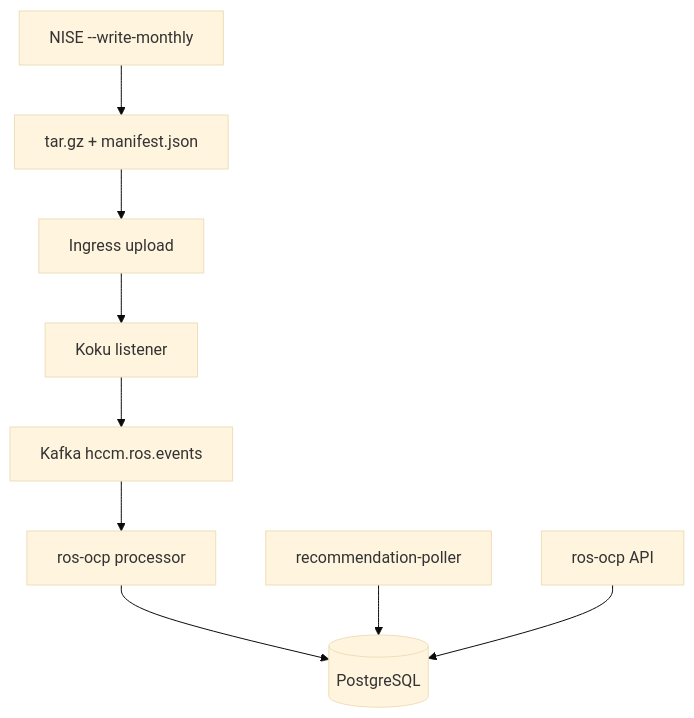
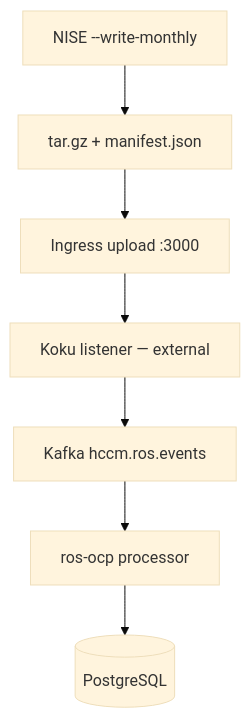
The second of 2 diagrams in docs-site/quickstart.md (pgarciaq/ros-ocp-backend), drawn with Mermaid (base theme) before and after one commit. The commit also changed other lines of this file, not shown here.

````diff
--- a/docs-site/quickstart.md
+++ b/docs-site/quickstart.md
@@ -9,11 +41,9 @@
 ```mermaid
 flowchart TD
   NISE[NISE --write-monthly] --> Tar[tar.gz + manifest.json]
-  Tar --> Ingress[Ingress upload]
-  Ingress --> Koku[Koku listener]
+  Tar --> Ingress[Ingress upload :3000]
+  Ingress --> Koku[Koku listener — external]
   Koku --> Kafka[Kafka hccm.ros.events]
   Kafka --> ROS[ros-ocp processor]
   ROS --> DB[(PostgreSQL)]
-  Poller[recommendation-poller] --> DB
-  API[ros-ocp API] --> DB
 ```
````
